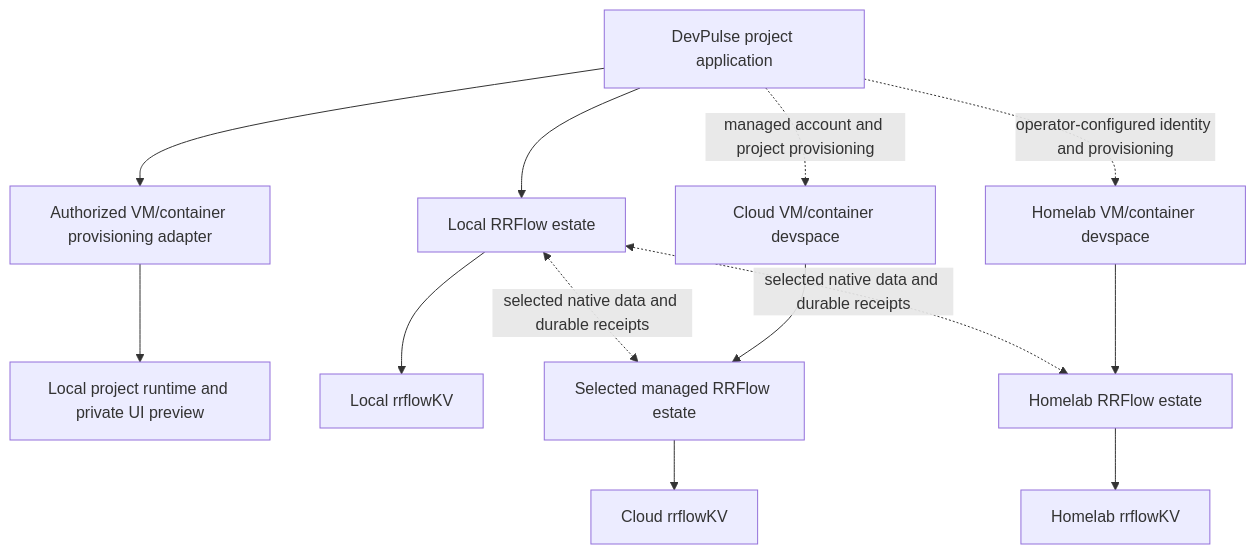
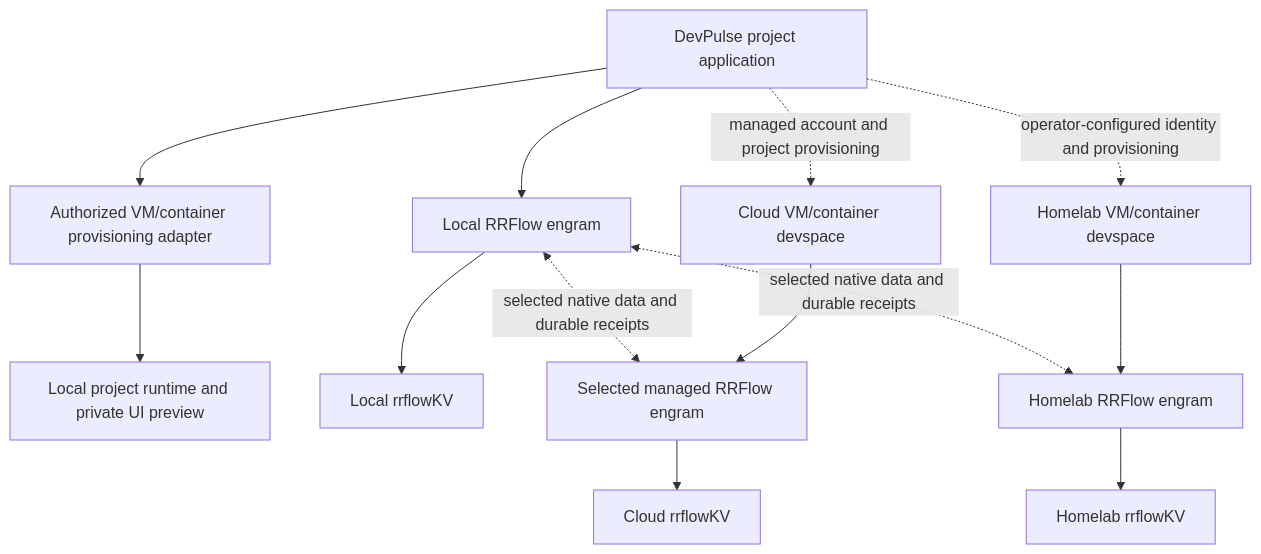
One commit to rrflow/rrflow-development changed the diagram in docs/reference/client/devpulse-cloud.md. Above: the diagram before and after it, drawn with Mermaid. The commit also changed other lines of this file and 635 other files, not shown here.

First line of the commit message:
refactor: rename 'estate' to 'engram' in TypeScript SDK and tests

````diff
--- a/docs/reference/client/devpulse-cloud.md
+++ b/docs/reference/client/devpulse-cloud.md
@@ -311,15 +311,15 @@
 ```mermaid
 flowchart TB
     DP[DevPulse project application] --> Provision[Authorized VM/container provisioning adapter]
     Provision --> LocalRun[Local project runtime and private UI preview]
-    DP --> Local[Local RRFlow estate]
+    DP --> Local[Local RRFlow engram]
     Local --> LocalKV[Local rrflowKV]
-    Local <-. selected native data and durable receipts .-> Cloud[Selected managed RRFlow estate]
-    Local <-. selected native data and durable receipts .-> Lab[Homelab RRFlow estate]
+    Local <-. selected native data and durable receipts .-> Cloud[Selected managed RRFlow engram]
+    Local <-. selected native data and durable receipts .-> Lab[Homelab RRFlow engram]
     DP -. managed account and project provisioning .-> CloudRun[Cloud VM/container devspace]
     DP -. operator-configured identity and provisioning .-> LabRun[Homelab VM/container devspace]
     CloudRun --> Cloud
     LabRun --> Lab
     Cloud --> CloudKV[Cloud rrflowKV]
     Lab --> LabKV[Homelab rrflowKV]
 ```
````
